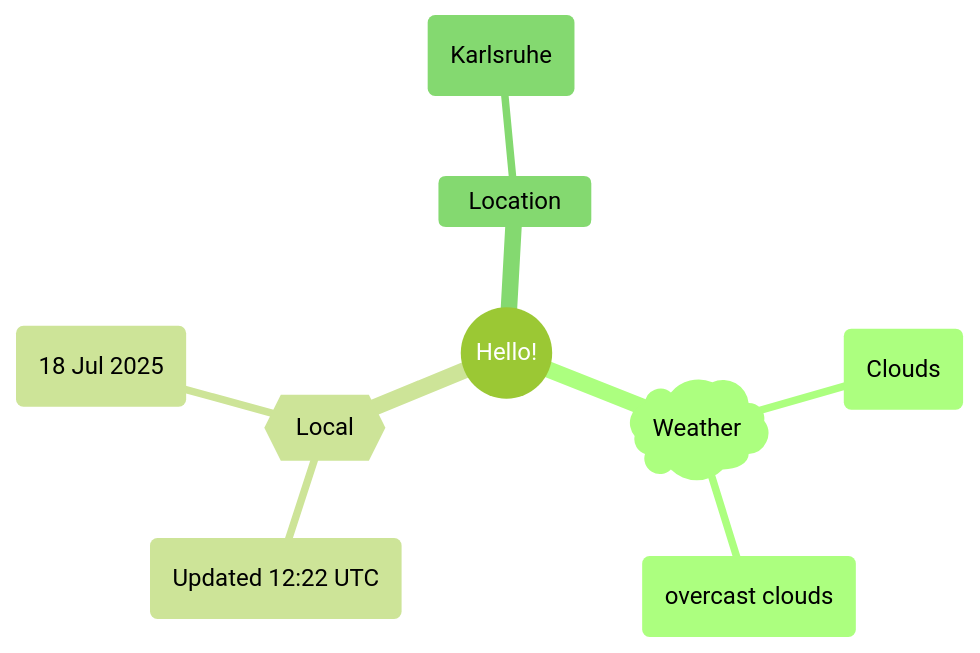
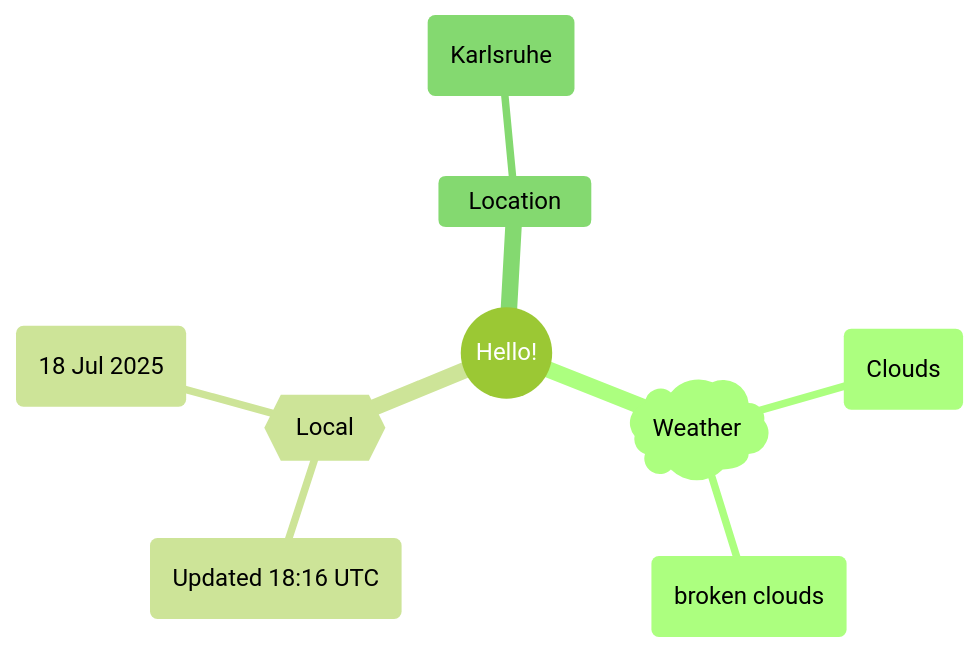
The first of 2 diagrams in README.md (Xosrov/Xosrov), drawn with Mermaid (forest theme) before and after one commit.

Commit message:
[bot] updated images

````diff
--- a/README.md
+++ b/README.md
@@ -3,12 +3,12 @@
 ```mermaid
 mindmap
   root((Hello!))
     )Weather(
         (Clouds)
-        (overcast clouds)
+        (broken clouds)
     {{Local}}
-        (Updated 12:22 UTC)
+        (Updated 18:16 UTC)
         (18 Jul 2025)
     Location
         (Karlsruhe)
 ```
````
